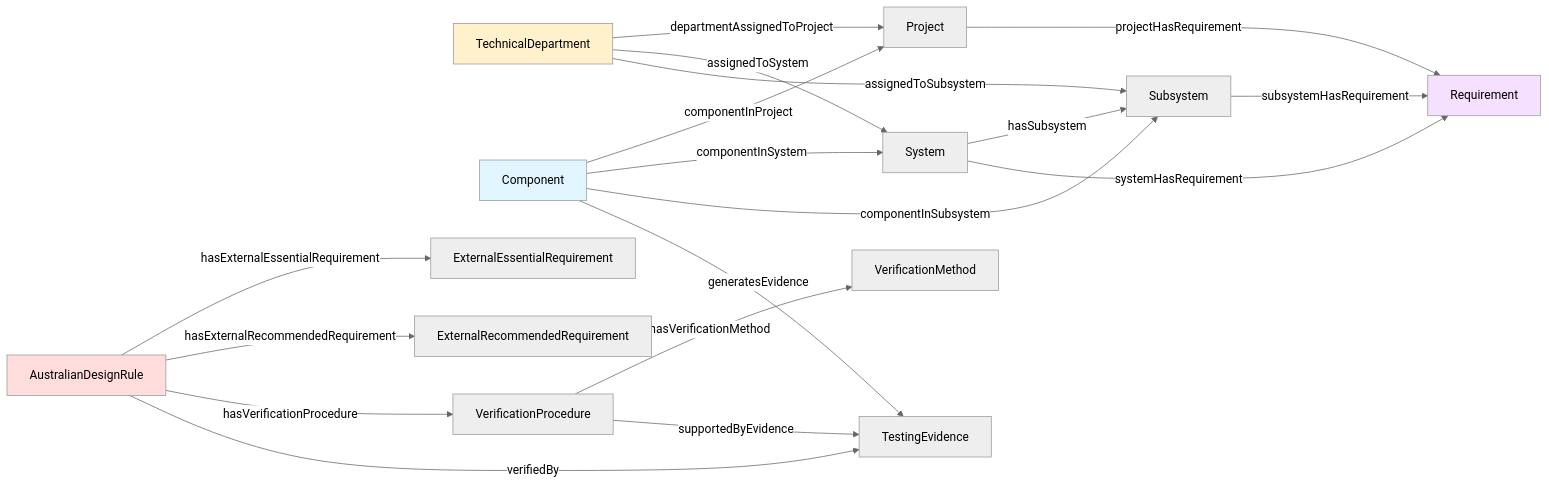
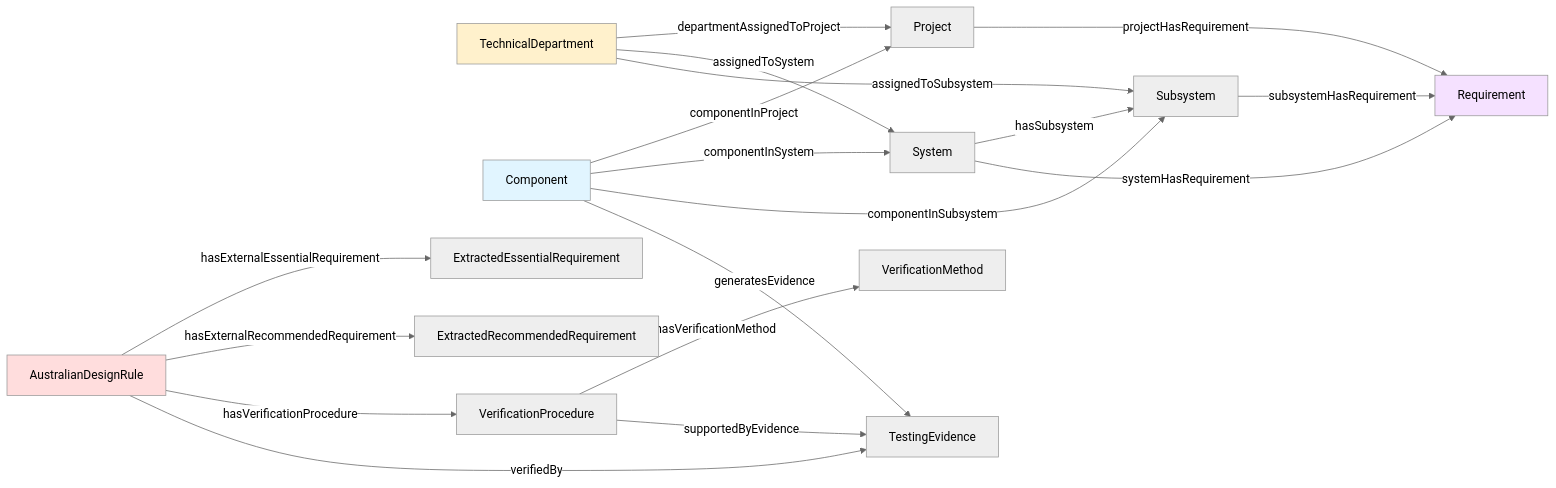
One commit to manansvr/Ontological-GraphRAG-Recommender changed the fifth of 5 diagrams in docs/ontology.md. Above: the diagram before and after it, drawn with Mermaid (neutral theme). The commit also changed other lines of this file and 8 other files, not shown here.

````diff
--- a/docs/ontology.md
+++ b/docs/ontology.md
@@ -631,42 +631,42 @@
 ```mermaid
 graph LR
     TD[TechnicalDepartment]
     PROJ[Project]
     SYS[System]
     SS[Subsystem]
     COMP[Component]
     REQ[Requirement]
     ADR[AustralianDesignRule]
-    EER[ExternalEssentialRequirement]
-    ERR[ExternalRecommendedRequirement]
+    EER[ExtractedEssentialRequirement]
+    ERR[ExtractedRecommendedRequirement]
     VP[VerificationProcedure]
     VM[VerificationMethod]
     TEV[TestingEvidence]
 
     TD -->|departmentAssignedToProject| PROJ
     TD -->|assignedToSystem| SYS
     TD -->|assignedToSubsystem| SS
 
     SYS -->|hasSubsystem| SS
 
     PROJ -->|projectHasRequirement| REQ
     SYS -->|systemHasRequirement| REQ
     SS -->|subsystemHasRequirement| REQ
 
     COMP -->|componentInProject| PROJ
     COMP -->|componentInSystem| SYS
     COMP -->|componentInSubsystem| SS
 
     ADR -->|hasExternalEssentialRequirement| EER
     ADR -->|hasExternalRecommendedRequirement| ERR
     ADR -->|hasVerificationProcedure| VP
     VP -->|hasVerificationMethod| VM
     VP -->|supportedByEvidence| TEV
     ADR -->|verifiedBy| TEV
     COMP -->|generatesEvidence| TEV
 
     style TD fill:#fff1cc
     style ADR fill:#ffdddd
     style COMP fill:#e1f5ff
     style REQ fill:#f5e1ff
 ```
````
